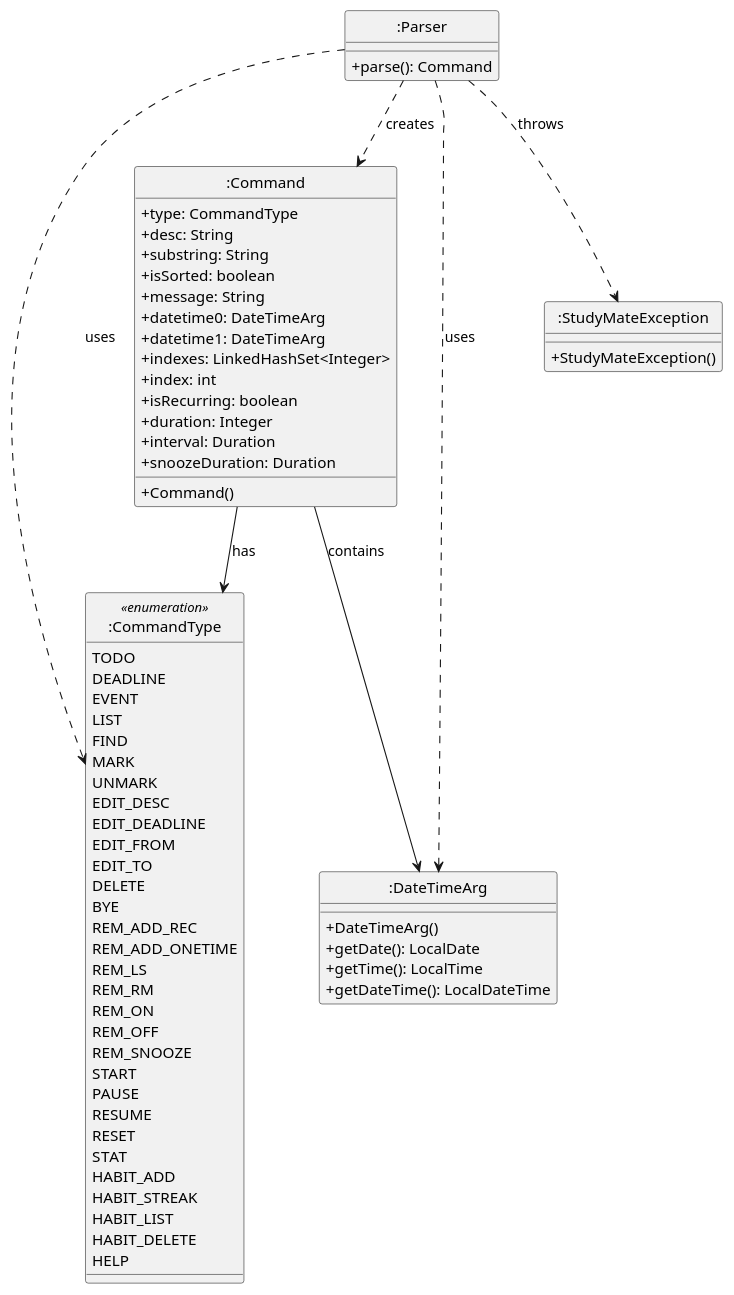
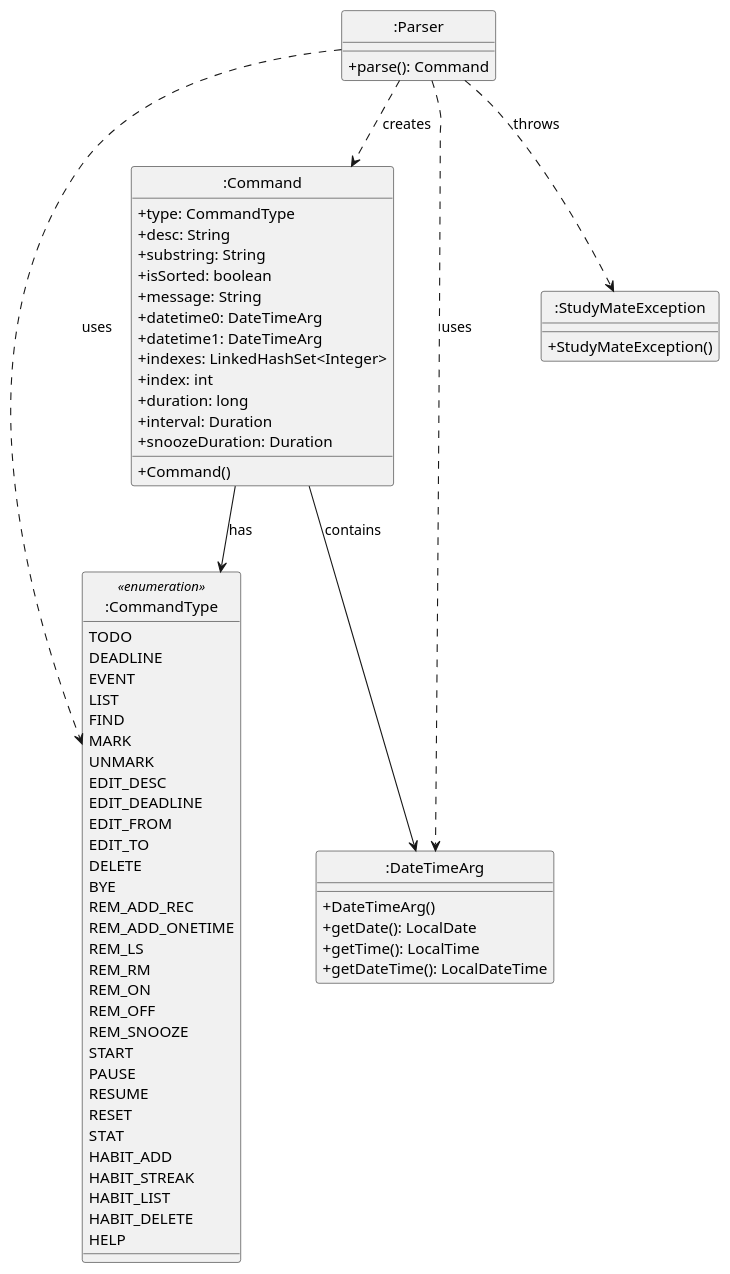
Before and after one commit to AY2526S1-CS2113-W12-3/tp: the diagram in docs/plantuml/ParserInteractions.puml, drawn with PlantUML. The commit also changed 5 other files, not shown here.

Commit message:
Updated PlantUML diagrams to reflect latest implementation

```diff
--- a/docs/plantuml/ParserInteractions.puml
+++ b/docs/plantuml/ParserInteractions.puml
@@ -1,80 +1,79 @@
 @startuml
 'https://plantuml.com/class-diagram
 skinparam classAttributeIconSize 0
 hide circle
 
 class ":Parser" {
   + parse(): Command
 }
 
 class ":Command" {
   + type: CommandType
   + desc: String
   + substring: String
   + isSorted: boolean
   + message: String
   + datetime0: DateTimeArg
   + datetime1: DateTimeArg
   + indexes: LinkedHashSet<Integer>
   + index: int
-  + isRecurring: boolean
-  + duration: Integer
+  + duration: long
   + interval: Duration
   + snoozeDuration: Duration
 
   + Command()
 }
 
 enum ":CommandType" <<enumeration>> {
   TODO
   DEADLINE
   EVENT
   LIST
   FIND
   MARK
   UNMARK
   EDIT_DESC
   EDIT_DEADLINE
   EDIT_FROM
   EDIT_TO
   DELETE
   BYE
   REM_ADD_REC
   REM_ADD_ONETIME
   REM_LS
   REM_RM
   REM_ON
   REM_OFF
   REM_SNOOZE
   START
   PAUSE
   RESUME
   RESET
   STAT
   HABIT_ADD
   HABIT_STREAK
   HABIT_LIST
   HABIT_DELETE
   HELP
 }
 
 class ":DateTimeArg" {
   + DateTimeArg()
   + getDate(): LocalDate
   + getTime(): LocalTime
   + getDateTime(): LocalDateTime
 }
 
 class ":StudyMateException" {
   + StudyMateException()
 }
 
 ":Parser" ..> ":Command" : creates
 ":Parser" ..> ":CommandType" : uses
 ":Parser" ..> ":DateTimeArg" : uses
 ":Parser" ..> ":StudyMateException" : throws
 
 ":Command" --> ":CommandType" : has
 ":Command" --> ":DateTimeArg" : contains
 
 @enduml
```
